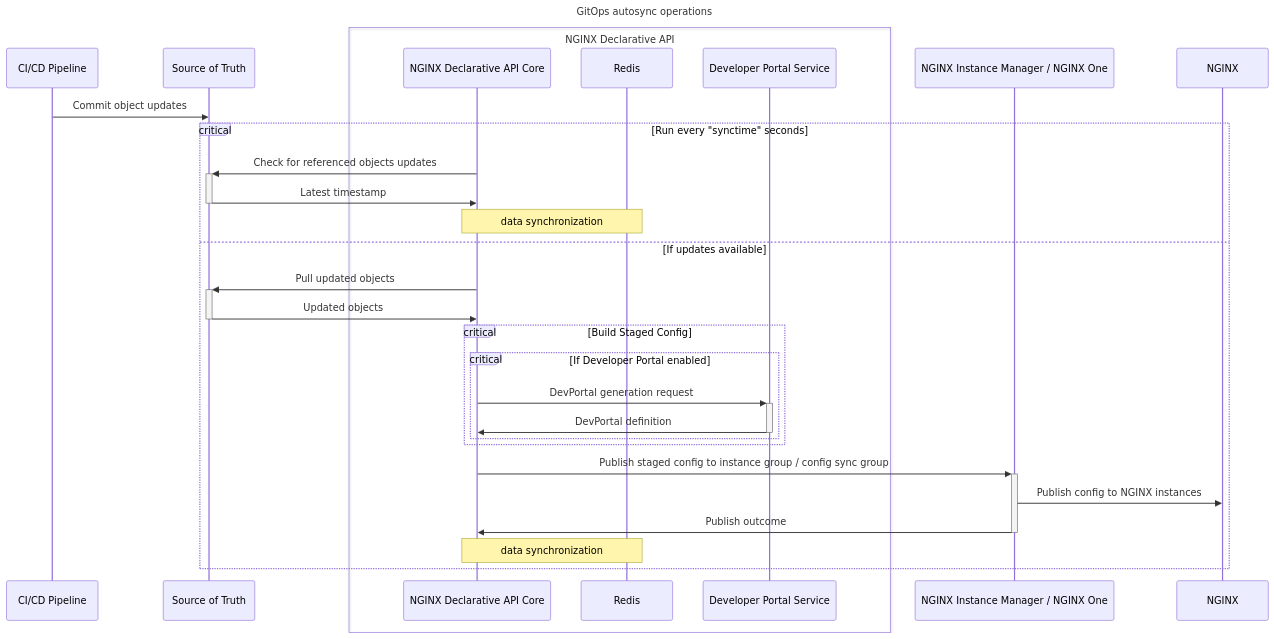
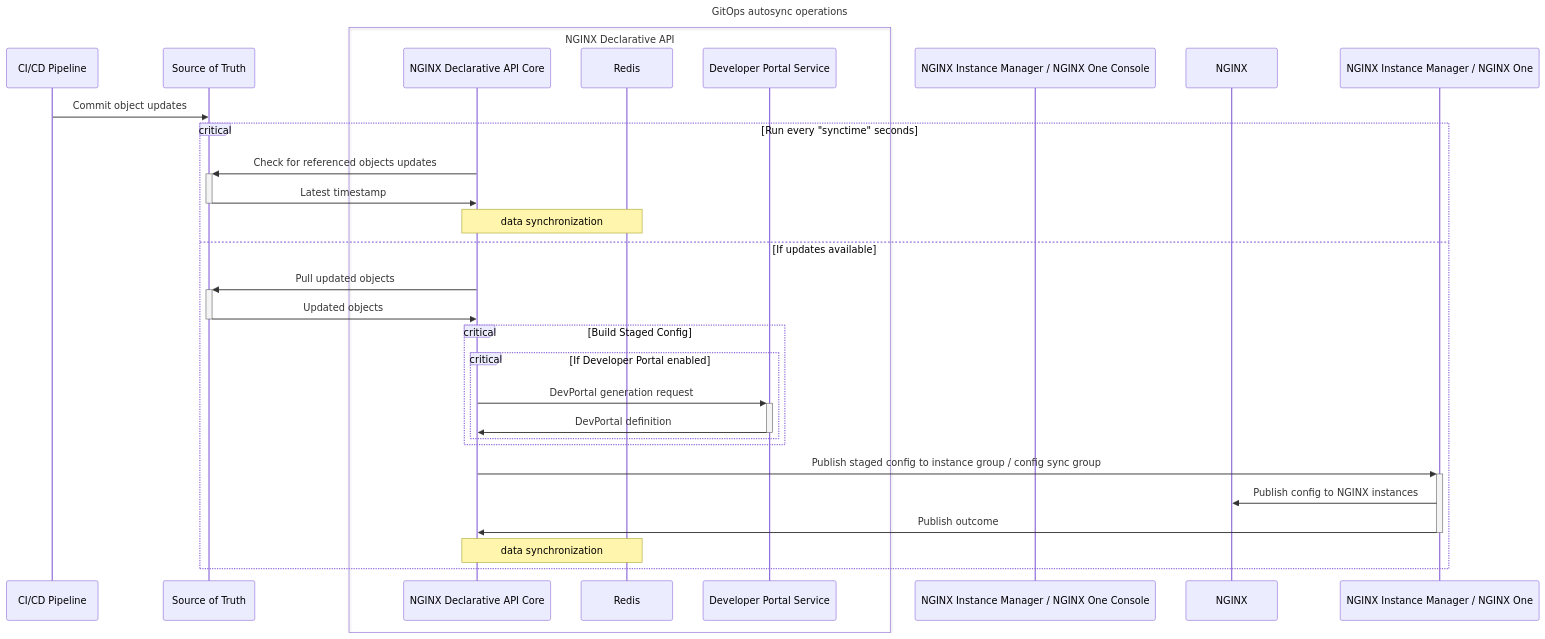
The second of 2 diagrams in README.md (f5devcentral/NGINX-Declarative-API), drawn with Mermaid before and after one commit. The commit also changed other lines of this file and 43 other files, not shown here.

````diff
--- a/README.md
+++ b/README.md
@@ -83,47 +85,47 @@
 ```mermaid
 sequenceDiagram
 
 title GitOps autosync operations
 
 participant CI/CD Pipeline
 participant Source of Truth
 participant NGINX Declarative API Core
 participant Redis
 participant Developer Portal Service
-participant NGINX Instance Manager / NGINX One
+participant NGINX Instance Manager / NGINX One Console
 participant NGINX
 
 box NGINX Declarative API
     participant NGINX Declarative API Core
     participant Developer Portal Service
     participant Redis
 end
 
 CI/CD Pipeline ->> Source of Truth: Commit object updates
 
 critical Run every "synctime" seconds
 
 NGINX Declarative API Core ->>+ Source of Truth: Check for referenced objects updates
 Source of Truth ->>- NGINX Declarative API Core: Latest timestamp
 
 Note over NGINX Declarative API Core, Redis: data synchronization
 
 option If updates available
 NGINX Declarative API Core ->>+ Source of Truth: Pull updated objects
 Source of Truth ->>- NGINX Declarative API Core : Updated objects
 
 critical Build Staged Config
 critical If Developer Portal enabled
     NGINX Declarative API Core ->>+ Developer Portal Service: DevPortal generation request
     Developer Portal Service ->>- NGINX Declarative API Core: DevPortal definition
 end
 end
 
 NGINX Declarative API Core ->>+ NGINX Instance Manager / NGINX One: Publish staged config to instance group / config sync group
 NGINX Instance Manager / NGINX One ->> NGINX: Publish config to NGINX instances
 NGINX Instance Manager / NGINX One ->>- NGINX Declarative API Core: Publish outcome
 
 Note over NGINX Declarative API Core, Redis: data synchronization
 
 end
 ```
````
